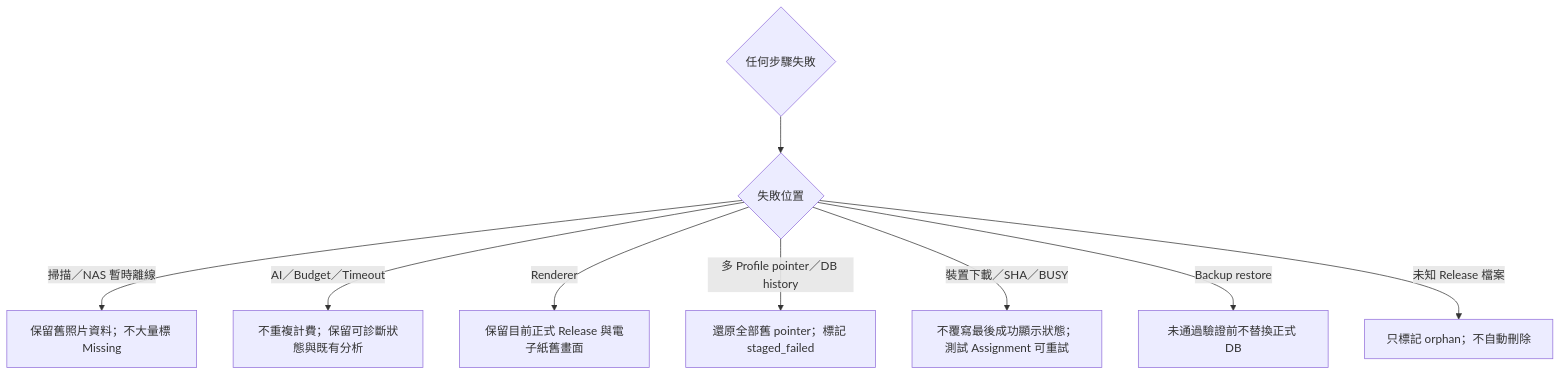
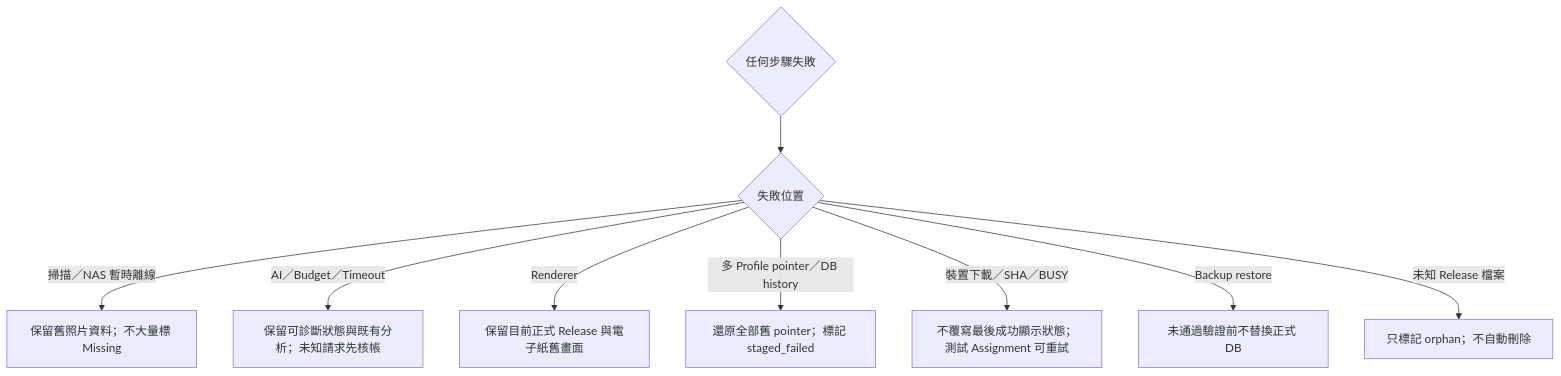
Before and after one commit to steven87090799/InkTime: diagram 15 of 15 in README.md, drawn with Mermaid. The commit also changed other lines of this file and 65 other files, not shown here.

````diff
--- a/README.md
+++ b/README.md
@@ -630,11 +632,11 @@
 ```mermaid
 flowchart TD
     FAILURE{"任何步驟失敗"} --> KIND{"失敗位置"}
     KIND -->|掃描／NAS 暫時離線| KEEP_PHOTO["保留舊照片資料；不大量標 Missing"]
-    KIND -->|AI／Budget／Timeout| KEEP_ANALYSIS["不重複計費；保留可診斷狀態與既有分析"]
+    KIND -->|AI／Budget／Timeout| KEEP_ANALYSIS["保留可診斷狀態與既有分析；未知請求先核帳"]
     KIND -->|Renderer| KEEP_RELEASE["保留目前正式 Release 與電子紙舊畫面"]
     KIND -->|多 Profile pointer／DB history| COMPENSATE["還原全部舊 pointer；標記 staged_failed"]
     KIND -->|裝置下載／SHA／BUSY| KEEP_DISPLAY["不覆寫最後成功顯示狀態；測試 Assignment 可重試"]
     KIND -->|Backup restore| KEEP_DB["未通過驗證前不替換正式 DB"]
     KIND -->|未知 Release 檔案| KEEP_ORPHAN["只標記 orphan；不自動刪除"]
 ```
````
